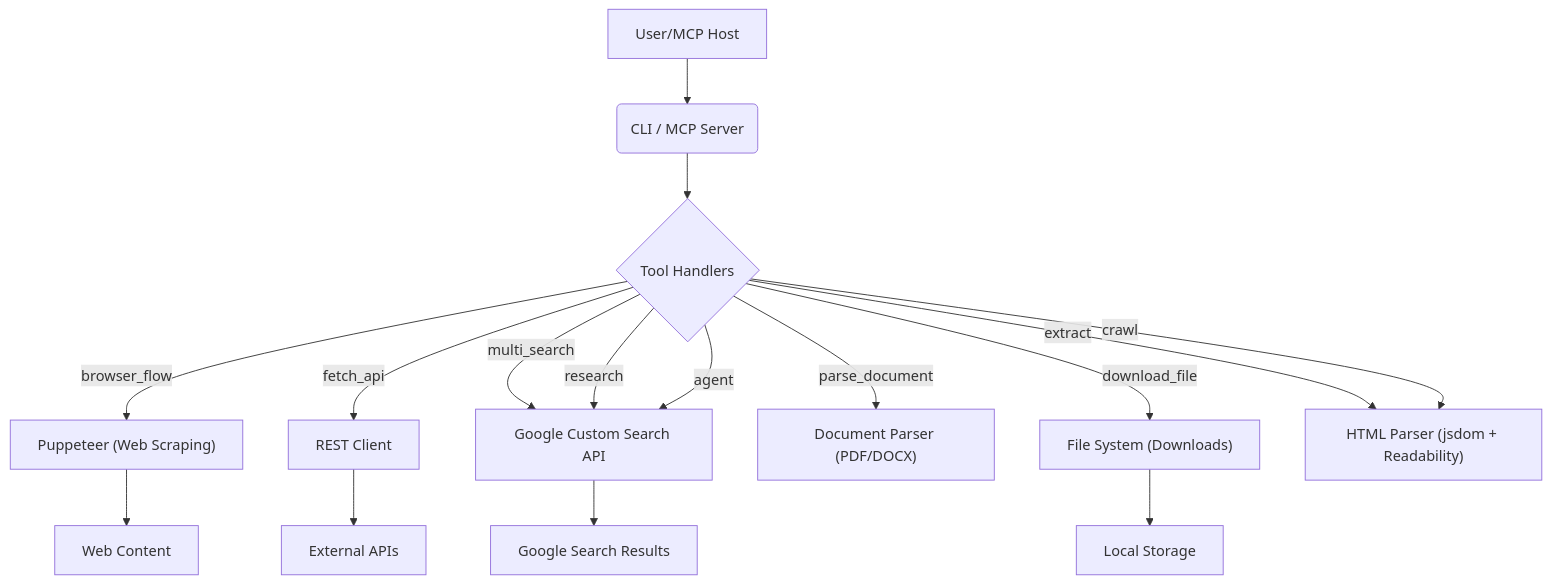
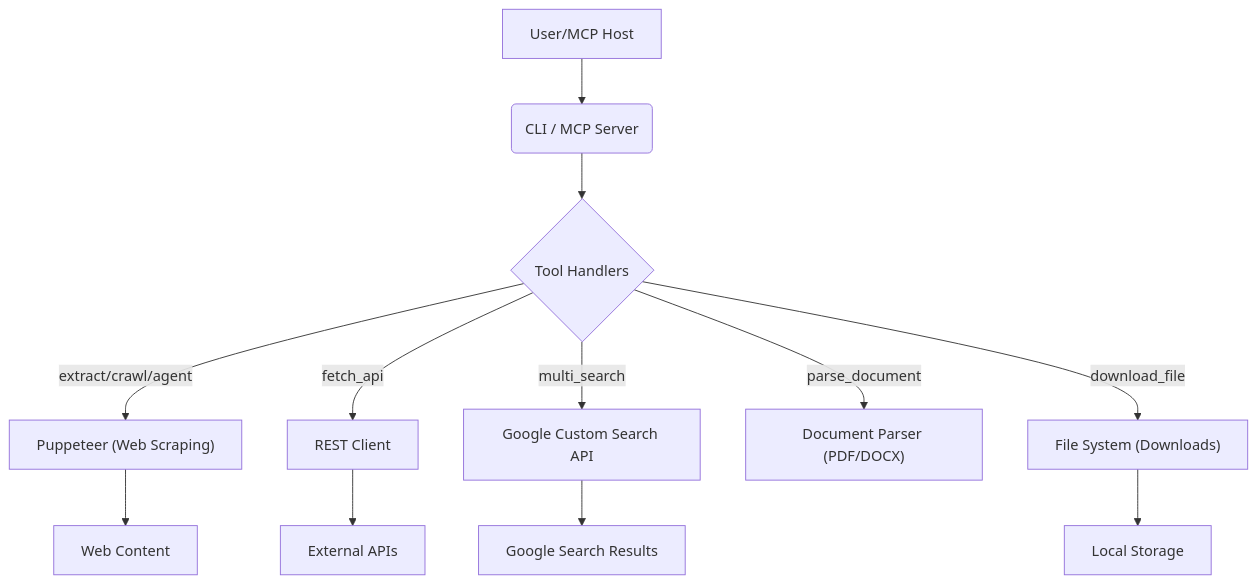
Before and after one commit to rayss868/MCP-Web-Curl: the diagram in README.md, drawn with Mermaid. The commit also changed other lines of this file and 4 other files, not shown here.

First line of the commit message:
Remove browser_flow, generalize extract for non-HTML URLs, refresh docs

````diff
--- a/README.md
+++ b/README.md
@@ -149,18 +141,14 @@
 ```mermaid
 graph TD
     A[User/MCP Host] --> B(CLI / MCP Server)
     B --> C{Tool Handlers}
-    C -- browser_flow --> D["Puppeteer (Web Scraping)"]
+    C -- extract/crawl/agent --> D["Puppeteer (Web Scraping)"]
     C -- fetch_api --> E["REST Client"]
     C -- multi_search --> F["Google Custom Search API"]
     C -- parse_document --> G["Document Parser (PDF/DOCX)"]
     C -- download_file --> H["File System (Downloads)"]
-    C -- research --> F
-    C -- agent --> F
-    C -- extract --> I["HTML Parser (jsdom + Readability)"]
-    C -- crawl --> I
-    D --> J["Web Content"]
-    E --> K["External APIs"]
-    F --> L["Google Search Results"]
-    H --> M["Local Storage"]
+    D --> I["Web Content"]
+    E --> J["External APIs"]
+    F --> K["Google Search Results"]
+    H --> L["Local Storage"]
 ```
````
